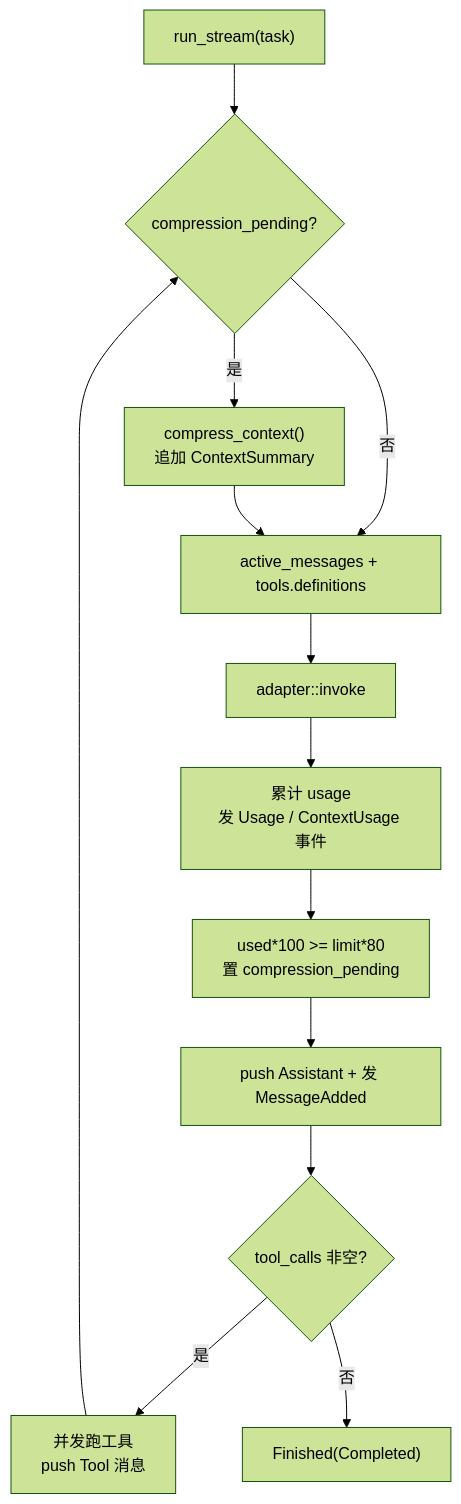
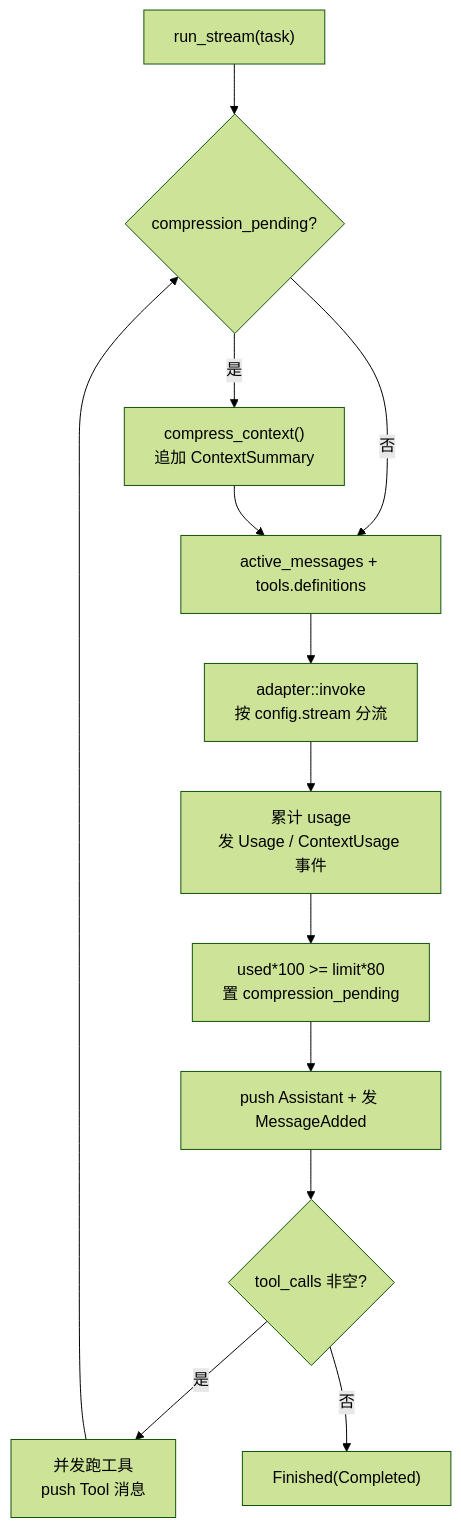
Before and after one commit to Seann0824/Shirley: the third of 9 diagrams in docs/architecture.md, drawn with Mermaid (forest theme). The commit also changed other lines of this file and 5 other files, not shown here.

````diff
--- a/docs/architecture.md
+++ b/docs/architecture.md
@@ -64,15 +68,15 @@
 ```mermaid
 flowchart TD
     START["run_stream(task)"] --> P1{"compression_pending?"}
     P1 -->|是| COMP["compress_context()<br/>追加 ContextSummary"]
     P1 -->|否| BUILD
     COMP --> BUILD["active_messages + tools.definitions"]
-    BUILD --> CALL["adapter::invoke"]
+    BUILD --> CALL["adapter::invoke<br/>按 config.stream 分流"]
     CALL --> USAGE["累计 usage<br/>发 Usage / ContextUsage 事件"]
     USAGE --> SCHED2["used*100 >= limit*80<br/>置 compression_pending"]
     SCHED2 --> STORE["push Assistant + 发 MessageAdded"]
     STORE --> HAS{"tool_calls 非空?"}
     HAS -->|是| RUN["并发跑工具<br/>push Tool 消息"]
     RUN --> P1
     HAS -->|否| DONE["Finished(Completed)"]
 ```
````
